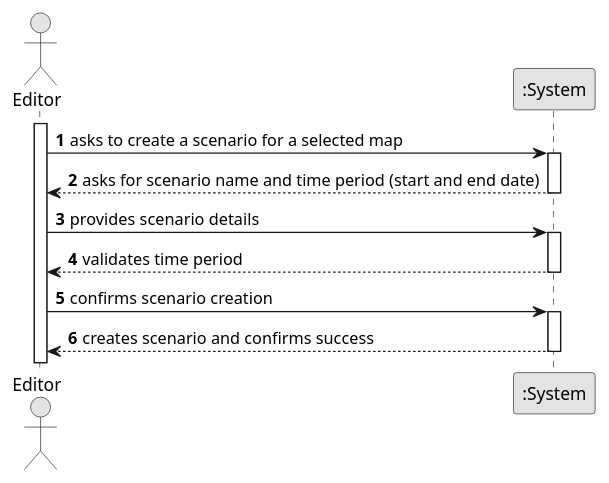
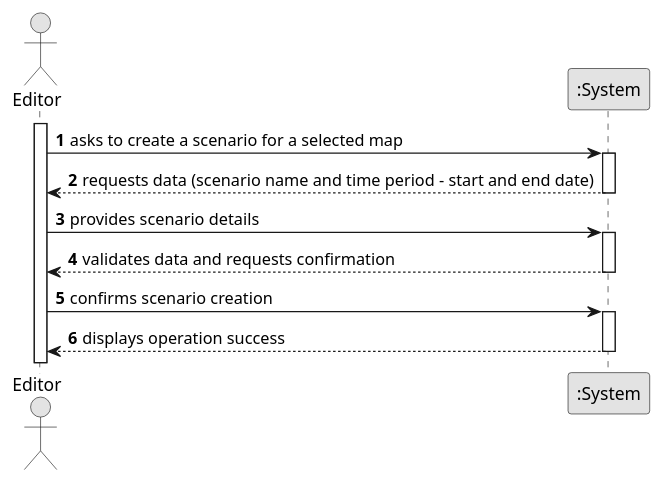
Before and after one commit to 1240826/empire-on-tracks: the diagram in docs/system-documentation/US004/01.requirements-engineering/puml/US004-SSD.puml, drawn with PlantUML. The commit also changed 4 other files, not shown here.

```diff
--- a/docs/system-documentation/US004/01.requirements-engineering/puml/US004-SSD.puml
+++ b/docs/system-documentation/US004/01.requirements-engineering/puml/US004-SSD.puml
@@ -1,31 +1,31 @@
 @startuml
 skinparam monochrome true
 skinparam packageStyle rectangle
 skinparam shadowing false
 
 autonumber
 
 actor "Editor" as Editor
 participant ":System" as System
 
 activate Editor
 
     Editor -> System : asks to create a scenario for a selected map
     activate System
 
-        System --> Editor : asks for scenario name and time period (start and end date)
+        System --> Editor : requests data (scenario name and time period - start and end date)
     deactivate System
 
     Editor -> System : provides scenario details
     activate System
 
-        System --> Editor : validates time period
+        System --> Editor : validates data and requests confirmation
     deactivate System
 
     Editor -> System : confirms scenario creation
     activate System
 
-        System --> Editor : creates scenario and confirms success
+        System --> Editor : displays operation success
     deactivate System
 
 @enduml
```
